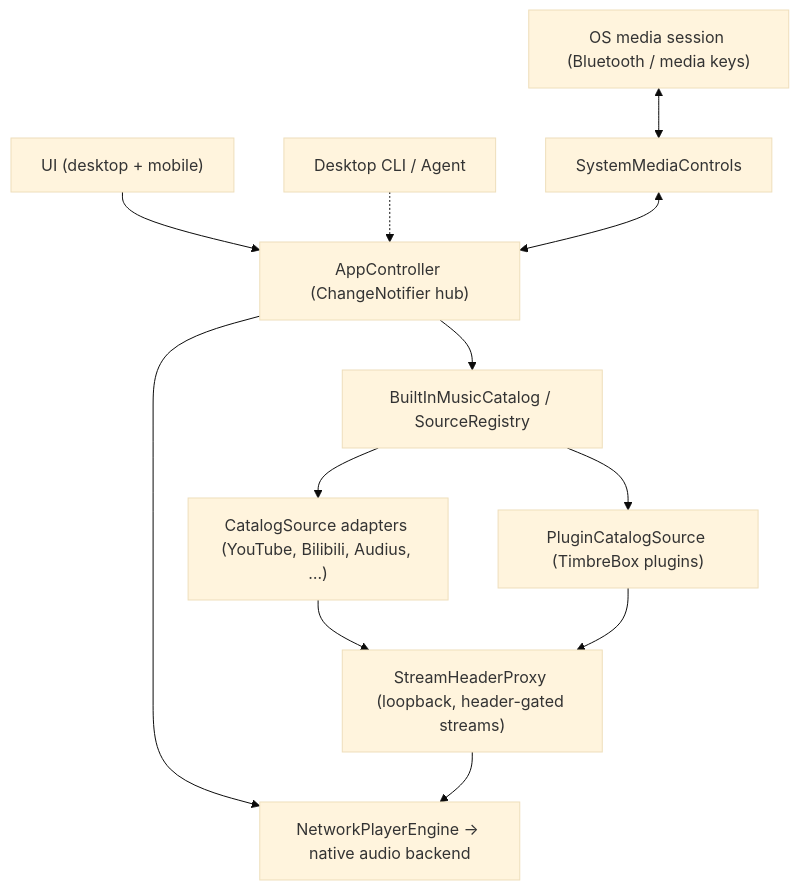
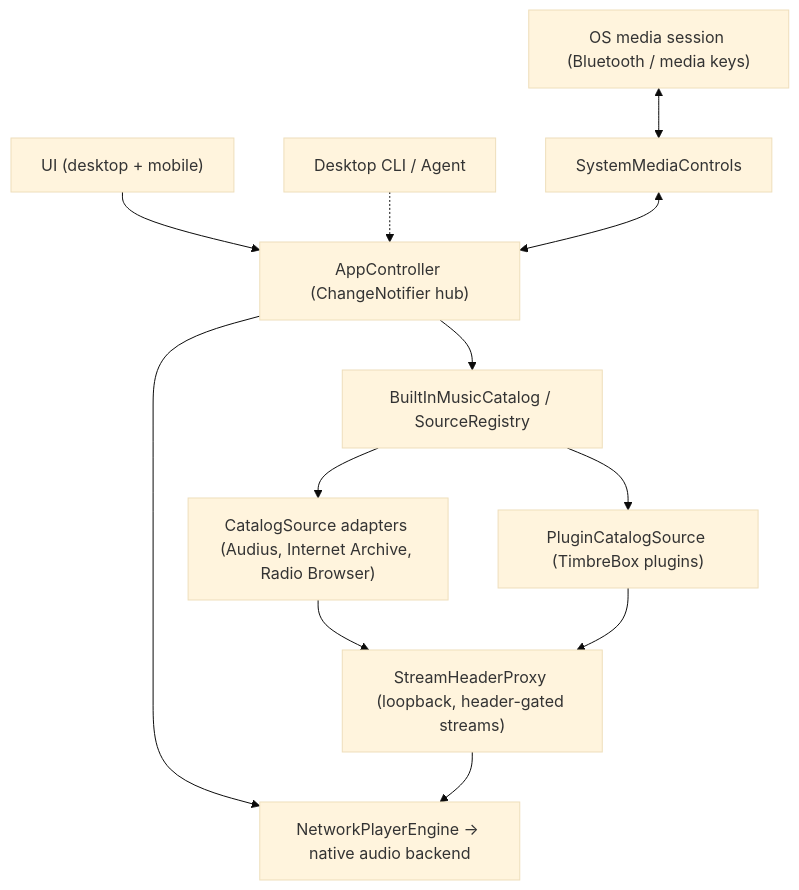
The diagram in README.md (weikxs/timbrebox), drawn with Mermaid (base theme) before and after one commit. The commit also changed other lines of this file and 29 other files, not shown here.

````diff
--- a/README.md
+++ b/README.md
@@ -145,14 +143,14 @@
 ```mermaid
 flowchart TD
     UI["UI (desktop + mobile)"] --> APP["AppController (ChangeNotifier hub)"]
     CLI["Desktop CLI / Agent"] -.-> APP
     OS["OS media session (Bluetooth / media keys)"] <--> SMC["SystemMediaControls"]
     SMC <--> APP
     APP --> ENGINE["NetworkPlayerEngine → native audio backend"]
     APP --> CATALOG["BuiltInMusicCatalog / SourceRegistry"]
-    CATALOG --> SRC["CatalogSource adapters (YouTube, Bilibili, Audius, …)"]
+    CATALOG --> SRC["CatalogSource adapters (Audius, Internet Archive, Radio Browser)"]
     CATALOG --> PLUG["PluginCatalogSource (TimbreBox plugins)"]
     SRC --> PROXY["StreamHeaderProxy (loopback, header-gated streams)"]
     PLUG --> PROXY
     PROXY --> ENGINE
 ```
````
